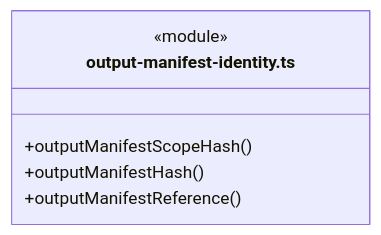
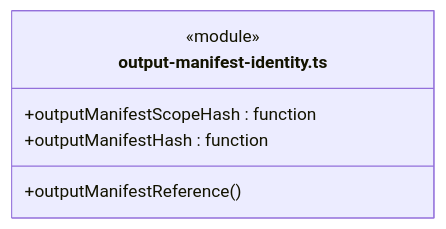
One commit to nan023062/cbim changed diagram 15 of 46 in src/logic/evidence/rules/ARCHITECTURE.md. Above: the diagram before and after it, drawn with Mermaid. The commit also changed other lines of this file and 137 other files, not shown here.

Commit message:
fix: align architecture generator with documentation standards

````diff
--- a/src/logic/evidence/rules/ARCHITECTURE.md
+++ b/src/logic/evidence/rules/ARCHITECTURE.md
@@ -377,9 +394,9 @@
 ```mermaid
 classDiagram
 class N_src_logic_evidence_rules_output_manifest_identity_ts["output-manifest-identity.ts"] {
   <<module>>
-  +outputManifestScopeHash()
-  +outputManifestHash()
   +outputManifestReference()
+  +outputManifestScopeHash : function
+  +outputManifestHash : function
 }
 ```
````
